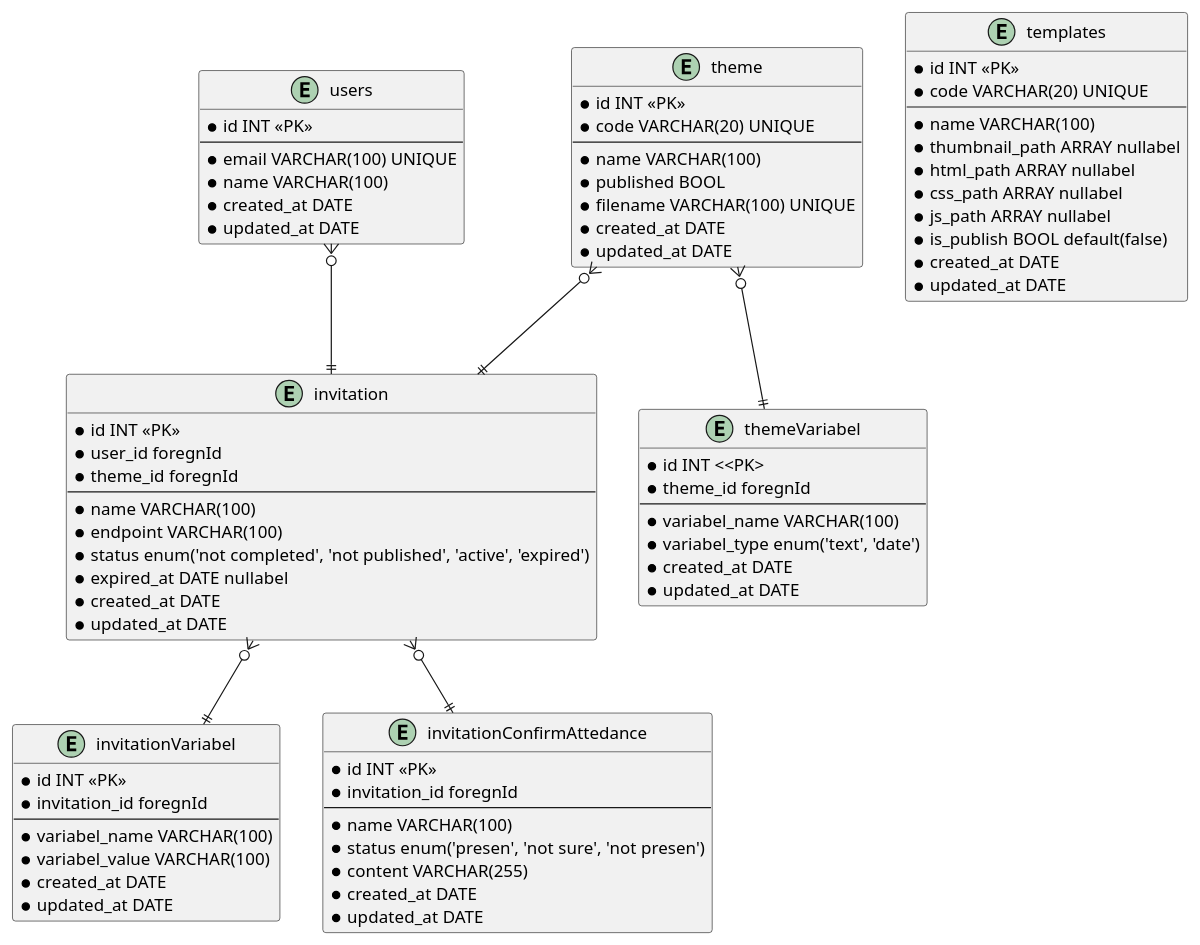
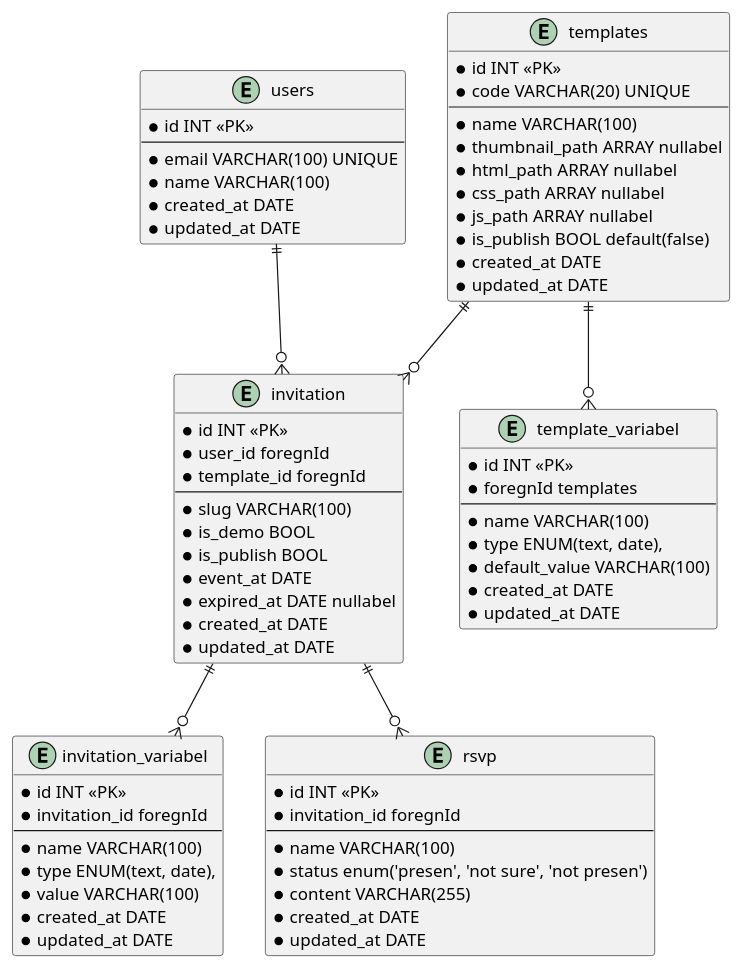
One commit to dinarwijaksono/undangan-online changed the diagram in docs/database_desain_v1-0-0.puml. Above: the diagram before and after it, drawn with PlantUML. The commit also changed 3 other files, not shown here.

```diff
--- a/docs/database_desain_v1-0-0.puml
+++ b/docs/database_desain_v1-0-0.puml
@@ -1,88 +1,79 @@
 @startuml
 
 entity users {
     * id INT <<PK>>
     --
     * email VARCHAR(100) UNIQUE
     * name VARCHAR(100)
     * created_at DATE
     * updated_at DATE 
 }
 
 entity templates {
     * id INT <<PK>>
     * code VARCHAR(20) UNIQUE
     --
     * name VARCHAR(100)
     * thumbnail_path ARRAY nullabel
     * html_path ARRAY nullabel
     * css_path ARRAY nullabel
     * js_path ARRAY nullabel
     * is_publish BOOL default(false)
     * created_at DATE
     * updated_at DATE 
 }
 
-entity theme {
+entity template_variabel {
     * id INT <<PK>>
-    * code VARCHAR(20) UNIQUE
+    * foregnId templates
     --
     * name VARCHAR(100)
-    * published BOOL
-    * filename VARCHAR(100) UNIQUE
-    * created_at DATE
-    * updated_at DATE 
-}
-
-entity themeVariabel {
-    * id INT <<PK>
-    * theme_id foregnId
-    --
-    * variabel_name VARCHAR(100)
-    * variabel_type enum('text', 'date')
+    * type ENUM(text, date),
+    * default_value VARCHAR(100)
     * created_at DATE
     * updated_at DATE 
 }
 
 entity invitation {
     * id INT <<PK>>
     * user_id foregnId
-    * theme_id foregnId
+    * template_id foregnId
     --
-    * name VARCHAR(100)
-    * endpoint VARCHAR(100)
-    * status enum('not completed', 'not published', 'active', 'expired')
+    * slug VARCHAR(100)
+    * is_demo BOOL
+    * is_publish BOOL
+    * event_at DATE
     * expired_at DATE nullabel
     * created_at DATE
     * updated_at DATE 
 }
 
-entity invitationVariabel {
+entity invitation_variabel {
     * id INT <<PK>>
     * invitation_id foregnId
     --
-    * variabel_name VARCHAR(100)
-    * variabel_value VARCHAR(100)
+    * name VARCHAR(100)
+    * type ENUM(text, date),
+    * value VARCHAR(100)
     * created_at DATE
-    * updated_at DATE 
+    * updated_at DATE
 }
 
-entity invitationConfirmAttedance {
+entity rsvp {
     * id INT <<PK>>
     * invitation_id foregnId
     --
     * name VARCHAR(100)
     * status enum('presen', 'not sure', 'not presen')
     * content VARCHAR(255)
     * created_at DATE
     * updated_at DATE 
 }
 
-users }o--|| invitation  
-theme }o--|| themeVariabel  
-theme }o--|| invitation
-invitation }o--|| invitationVariabel
-invitation }o--|| invitationConfirmAttedance
-
+templates ||--o{ template_variabel  
+users ||--o{  invitation
+templates ||--o{ invitation 
+invitation ||--o{  invitation_variabel
+invitation ||--o{  rsvp
 
 @enduml
```
